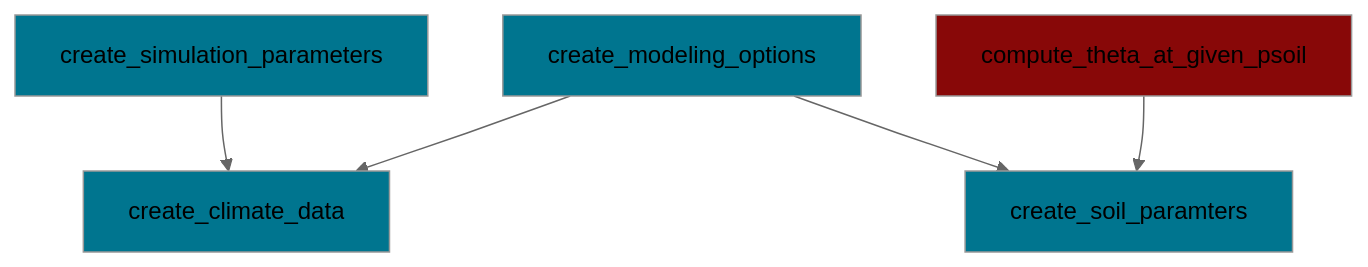
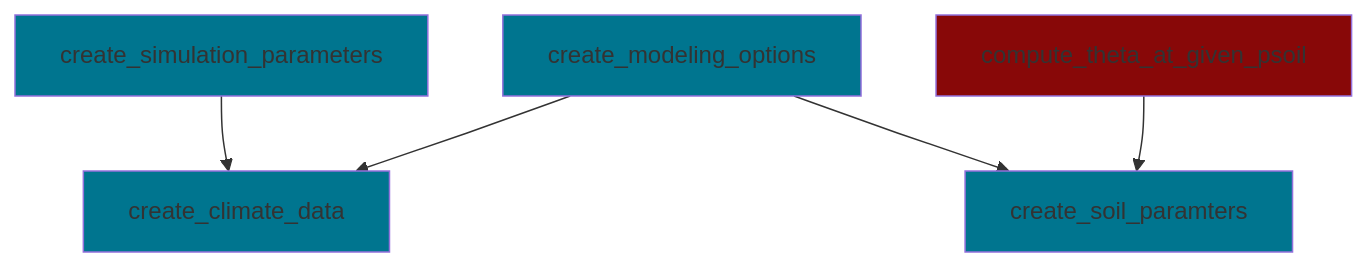
The diagram in README.md (ecamo19/sureau_ecos_py), drawn with Mermaid before and after one commit. The commit also changed 1 other file, not shown here.

Commit message:
ReadMe updated

````diff
--- a/README.md
+++ b/README.md
@@ -16,23 +16,23 @@
 ``` mermaid
-    %%{init: {'theme': 'neutral' } }%%
+    %%{init:{'themeVariables': {'primaryBorderColor': '#00758f'}}}%%
     graph TD;
 
         create_simulation_parameters-->create_climate_data;
         create_modeling_options-->create_climate_data;
 
 
         create_modeling_options-->create_soil_paramters;
         compute_theta_at_given_psoil-->create_soil_paramters;
 
         %% Blue color boxes ------------------------------------------------------------------
 
         style create_climate_data fill:#00758f
         style create_modeling_options fill:#00758f
         style create_simulation_parameters fill:#00758f, lineColor:#00758f
         style create_soil_paramters fill:#00758f
 
 
         %% Red color boxes --------------------------------------------------------------------
         style compute_theta_at_given_psoil fill:#880808
 
 ```
````
